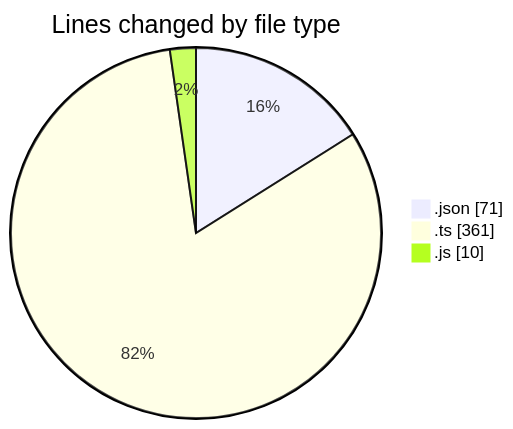
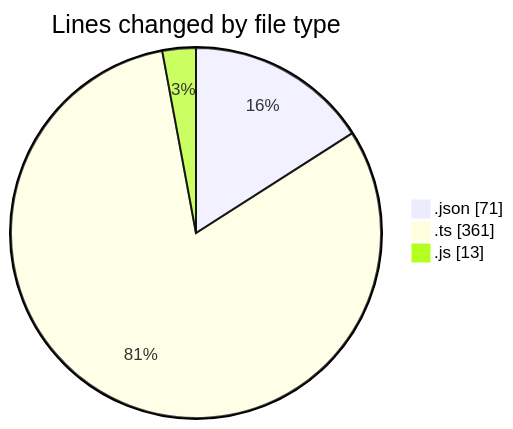
One commit to momahboobian/code-tracking changed the first of 2 diagrams in 2025-02-06/cda/README.md. Above: the diagram before and after it, drawn with Mermaid. The commit also changed other lines of this file and 1 other file, not shown here.

````diff
--- a/2025-02-06/cda/README.md
+++ b/2025-02-06/cda/README.md
@@ -25,7 +25,7 @@
 ```mermaid
 pie showData
 title Lines changed by file type
 ".json" : 71
 ".ts" : 361
-".js" : 10
+".js" : 13
 ```
````
